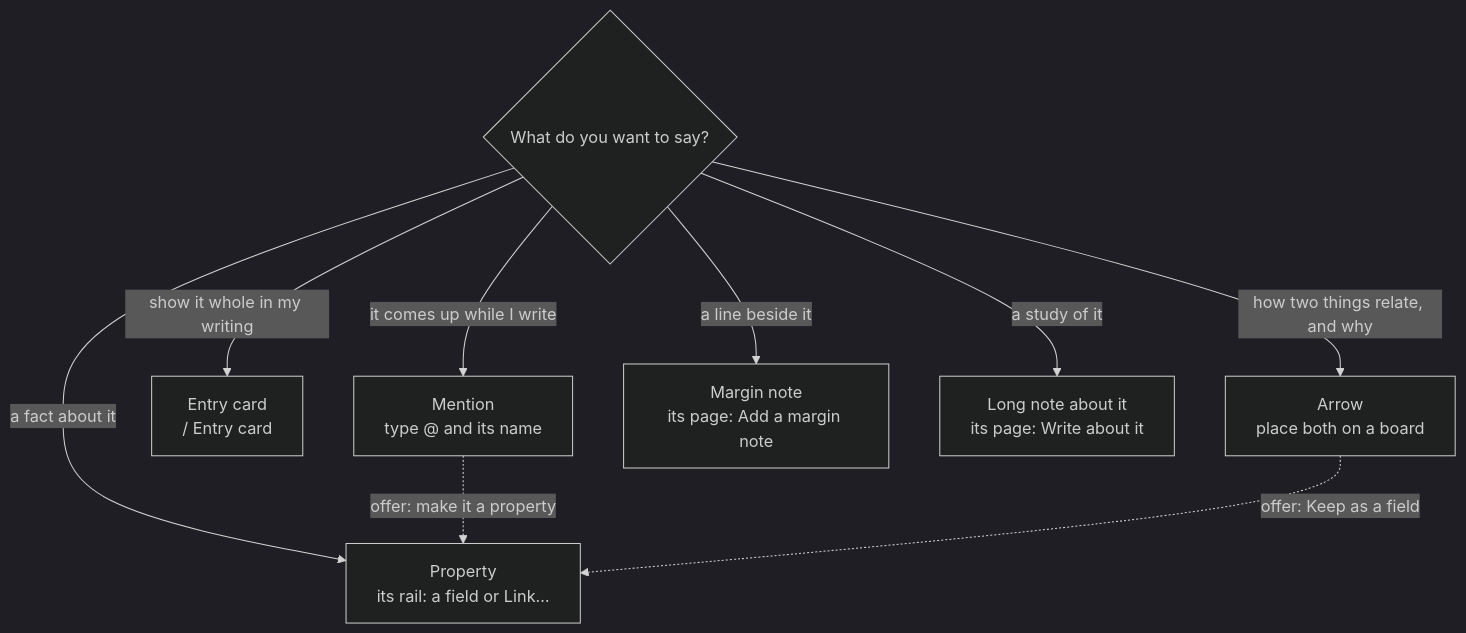
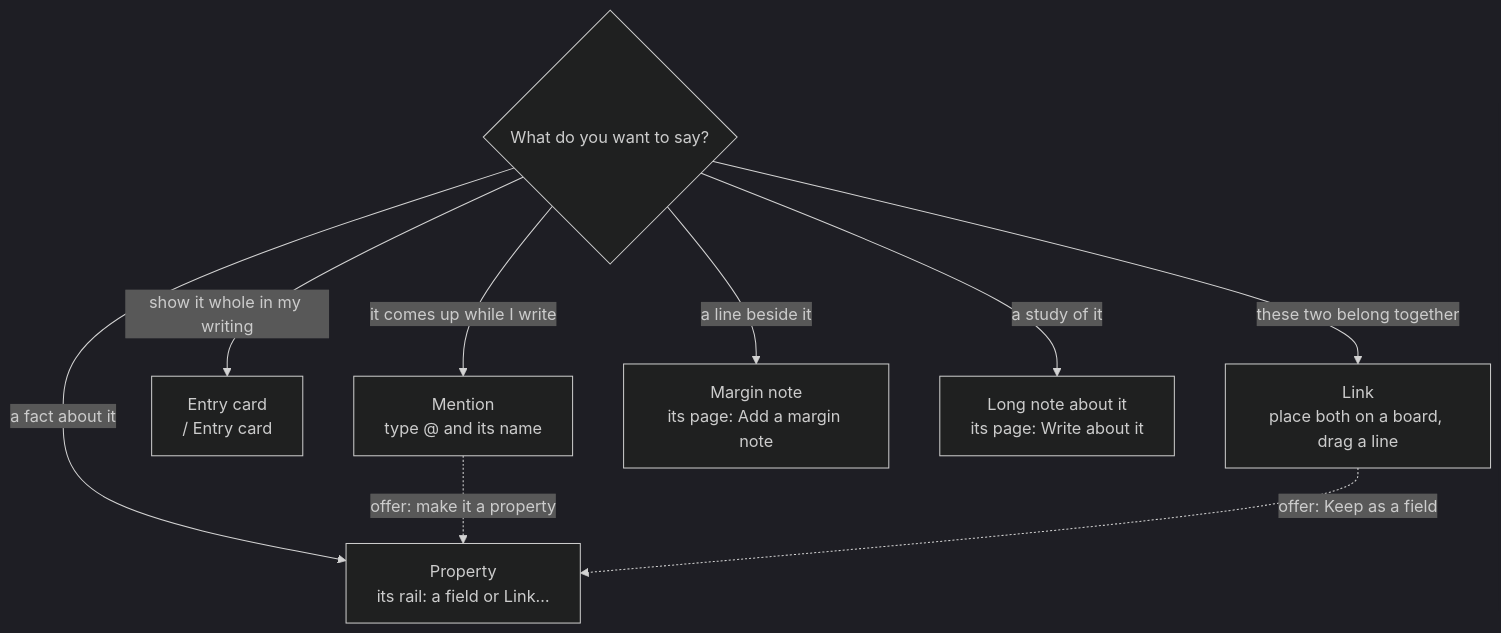
One commit to ahmedste/Studiolo_Manage changed the second of 6 diagrams in docs/superpowers/specs/2026-10-28-collections-and-linking-design.md. Above: the diagram before and after it, drawn with Mermaid (dark theme). The commit also changed other lines of this file and 11 other files, not shown here.

````diff
--- a/docs/superpowers/specs/2026-10-28-collections-and-linking-design.md
+++ b/docs/superpowers/specs/2026-10-28-collections-and-linking-design.md
@@ -262,12 +274,12 @@
 ```mermaid
 flowchart TD
   Q{"What do you want to say?"}
   Q -- "it comes up while I write" --> M["Mention<br/>type @ and its name"]
   Q -- "show it whole in my writing" --> C["Entry card<br/>/ Entry card"]
   Q -- "a fact about it" --> P["Property<br/>its rail: a field or Link…"]
-  Q -- "how two things relate, and why" --> A["Arrow<br/>place both on a board"]
+  Q -- "these two belong together" --> A["Link<br/>place both on a board, drag a line"]
   Q -- "a line beside it" --> MN["Margin note<br/>its page: Add a margin note"]
   Q -- "a study of it" --> W["Long note about it<br/>its page: Write about it"]
   M -. "offer: make it a property" .-> P
   A -. "offer: Keep as a field" .-> P
 ```
````
